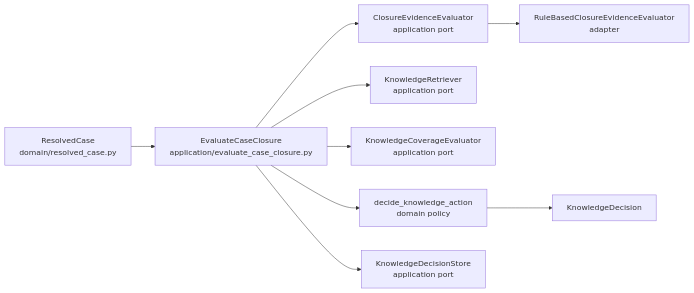
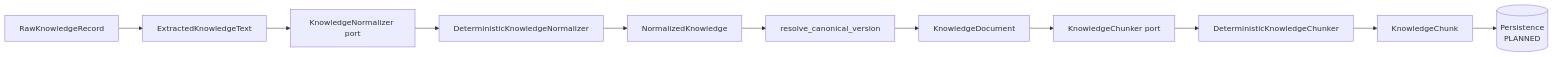
The first of 5 diagrams in docs/architecture/CODEBASE_MAP.md (kumarchandansingh/tropos), drawn with Mermaid before and after one commit. The commit also changed other lines of this file and 23 other files, not shown here.

First line of the commit message:
feat: add deterministic normalization and canonical versioning

````diff
--- a/docs/architecture/CODEBASE_MAP.md
+++ b/docs/architecture/CODEBASE_MAP.md
@@ -52,12 +65,14 @@
 ```mermaid
 flowchart LR
-    A[ResolvedCase<br/>domain/resolved_case.py]
-    --> B[EvaluateCaseClosure<br/>application/evaluate_case_closure.py]
-    B --> C[ClosureEvidenceEvaluator<br/>application port]
-    C --> D[RuleBasedClosureEvidenceEvaluator<br/>adapter]
-    B --> E[KnowledgeRetriever<br/>application port]
-    B --> F[KnowledgeCoverageEvaluator<br/>application port]
-    B --> G[decide_knowledge_action<br/>domain policy]
-    G --> H[KnowledgeDecision]
-    B --> I[KnowledgeDecisionStore<br/>application port]
+    Raw[RawKnowledgeRecord]
+    --> Extract[ExtractedKnowledgeText]
+    --> Norm[KnowledgeNormalizer port]
+    --> DN[DeterministicKnowledgeNormalizer]
+    --> Candidate[NormalizedKnowledge]
+    --> VR[resolve_canonical_version]
+    --> Doc[KnowledgeDocument]
+    --> CP[KnowledgeChunker port]
+    --> Chunker[DeterministicKnowledgeChunker]
+    --> Chunk[KnowledgeChunk]
+    --> Store[(Persistence<br/>PLANNED)]
 ```
````
